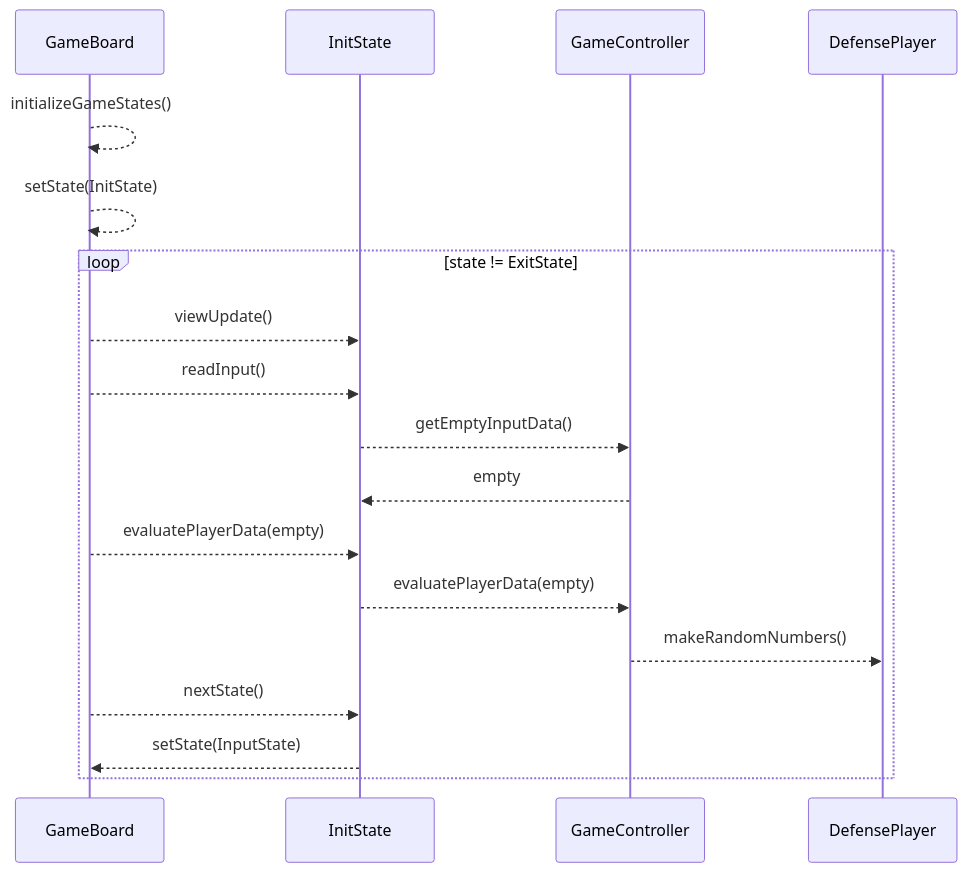
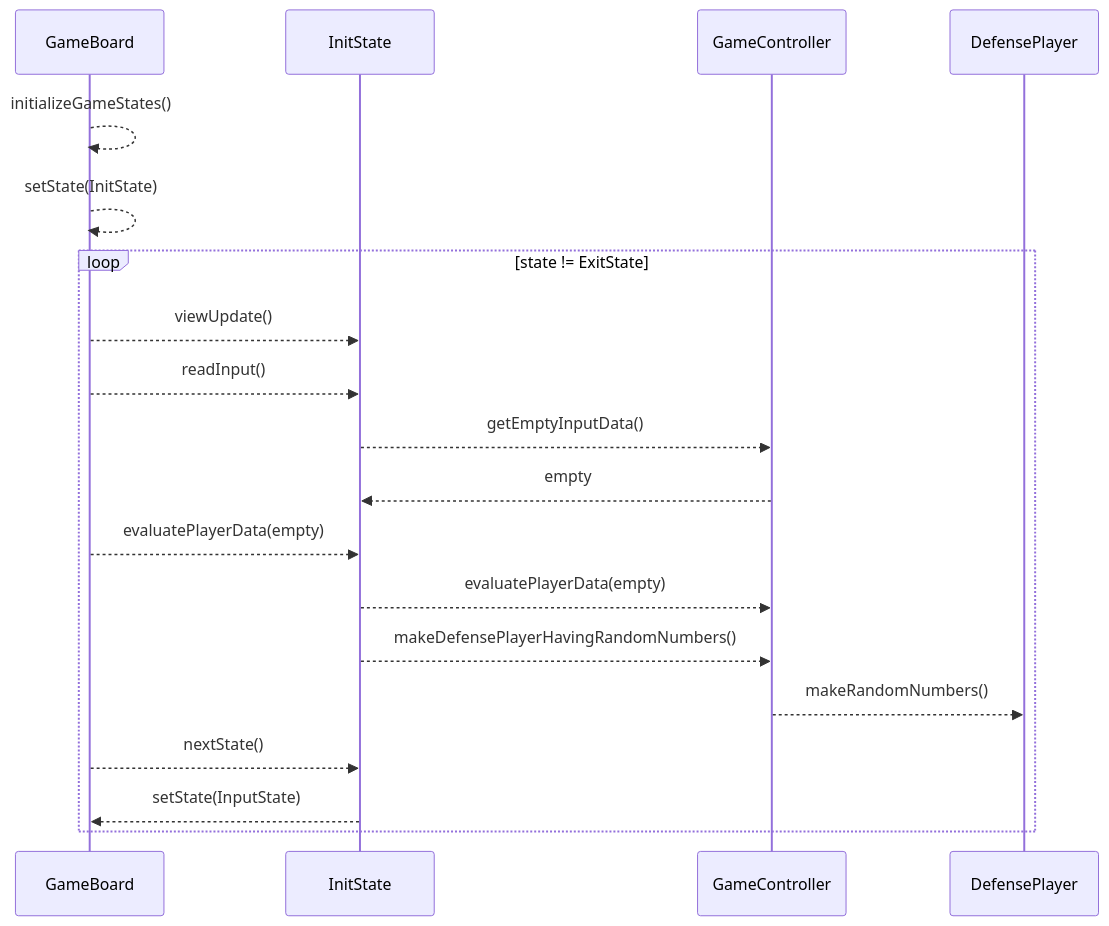
One commit to digiry/java-baseball-precourse changed the second of 7 diagrams in docs/sequence_diagram.md. Above: the diagram before and after it, drawn with Mermaid. The commit also changed other lines of this file and 3 other files, not shown here.

Commit message:
fix(GameController): add forwarding method to make random numbers for defense player

````diff
--- a/docs/sequence_diagram.md
+++ b/docs/sequence_diagram.md
@@ -32,25 +32,26 @@
 ```mermaid
 sequenceDiagram
     participant GameBoard
     participant InitState
     participant GameController
     participant DefensePlayer
 
     GameBoard -->> GameBoard: initializeGameStates()
     GameBoard -->> GameBoard: setState(InitState)
 
     loop state != ExitState
         GameBoard -->> InitState: viewUpdate()
 
         GameBoard -->> InitState: readInput()
         InitState -->> GameController: getEmptyInputData()
         GameController -->> InitState: empty
 
         GameBoard -->> InitState: evaluatePlayerData(empty)
         InitState -->> GameController: evaluatePlayerData(empty)
+        InitState -->> GameController: makeDefensePlayerHavingRandomNumbers() 
         GameController -->> DefensePlayer: makeRandomNumbers()
 
         GameBoard -->> InitState: nextState()
         InitState -->> GameBoard: setState(InputState)
     end
 ```
````
